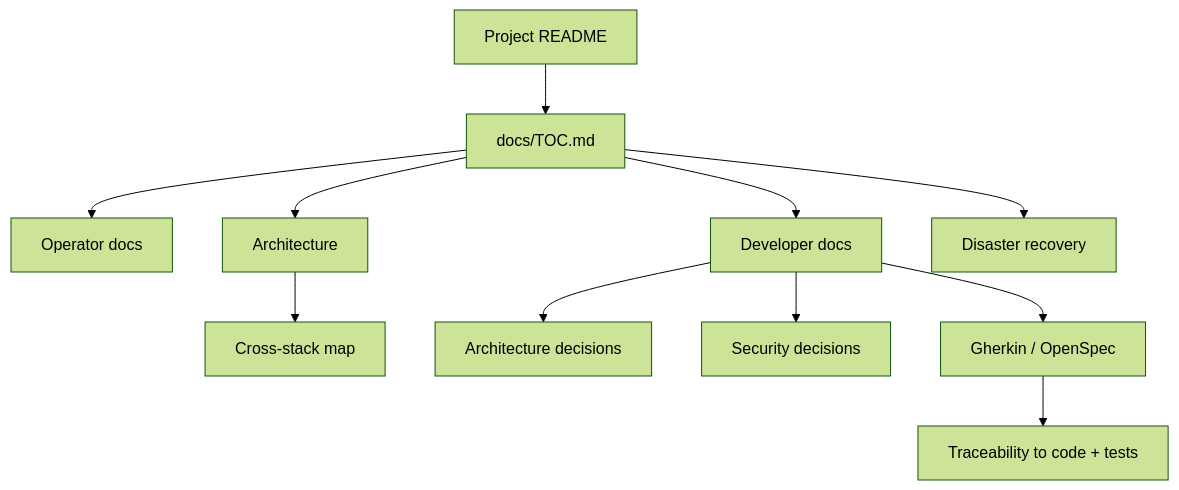
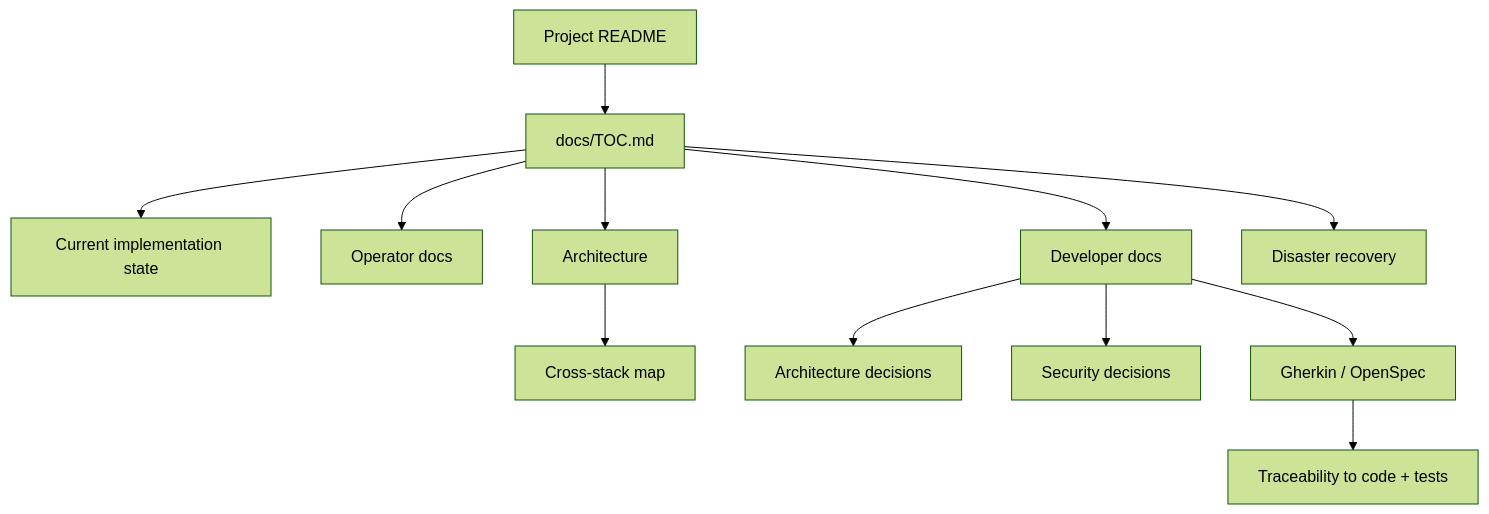
One commit to ea1het/local_hybrid_ai changed the diagram in docs/README.md. Above: the diagram before and after it, drawn with Mermaid (forest theme). The commit also changed other lines of this file, not shown here.

````diff
--- a/docs/README.md
+++ b/docs/README.md
@@ -31,13 +32,14 @@
 ```mermaid
 flowchart TD
     Root["Project README"] --> TOC["docs/TOC.md"]
+    TOC --> Current["Current implementation state"]
     TOC --> Ops["Operator docs"]
     TOC --> Arch["Architecture"]
     TOC --> Dev["Developer docs"]
     TOC --> DR["Disaster recovery"]
     Arch --> Stacks["Cross-stack map"]
     Dev --> ADR["Architecture decisions"]
     Dev --> SDR["Security decisions"]
     Dev --> Spec["Gherkin / OpenSpec"]
     Spec --> Trace["Traceability to code + tests"]
 ```
````
